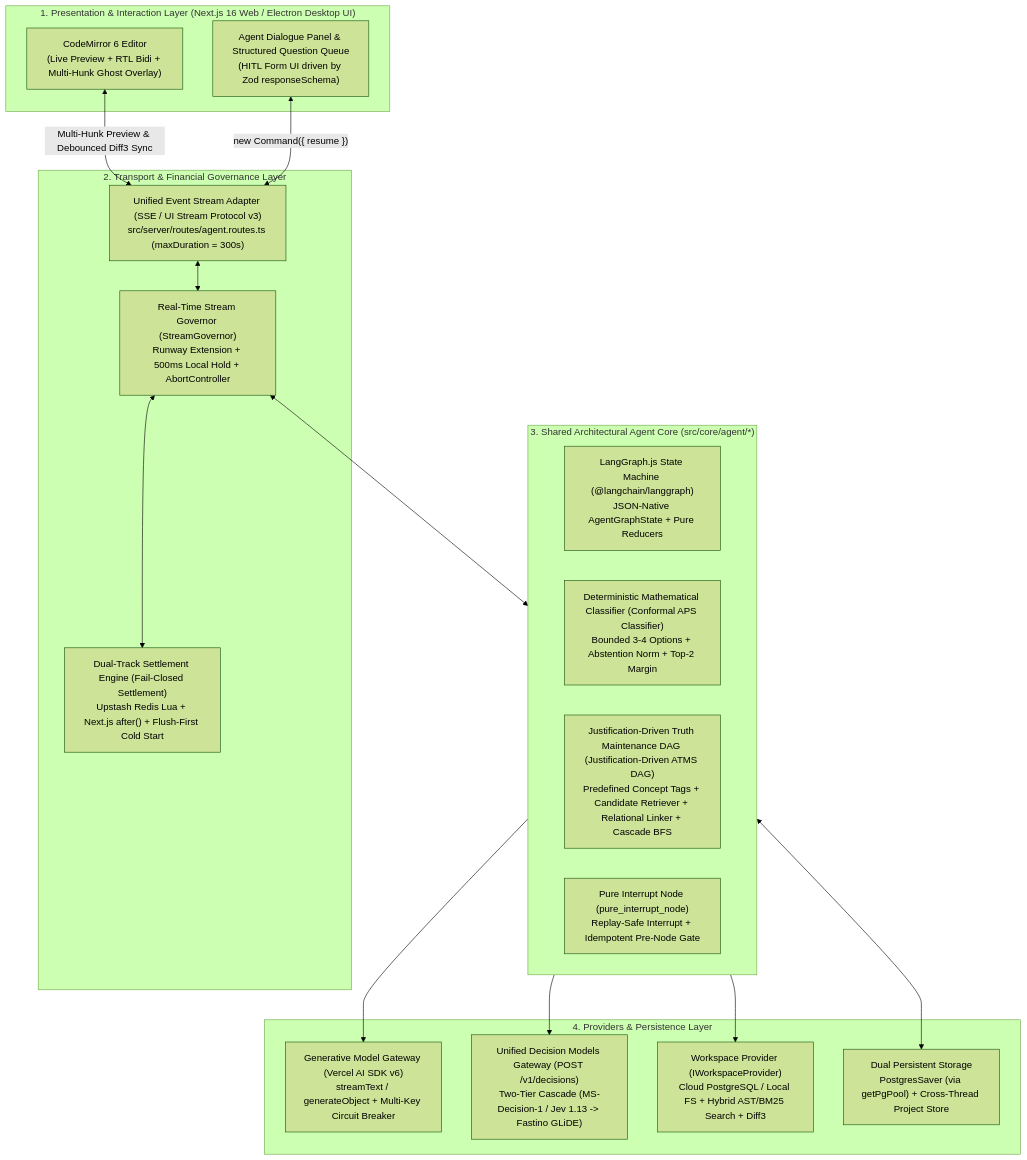
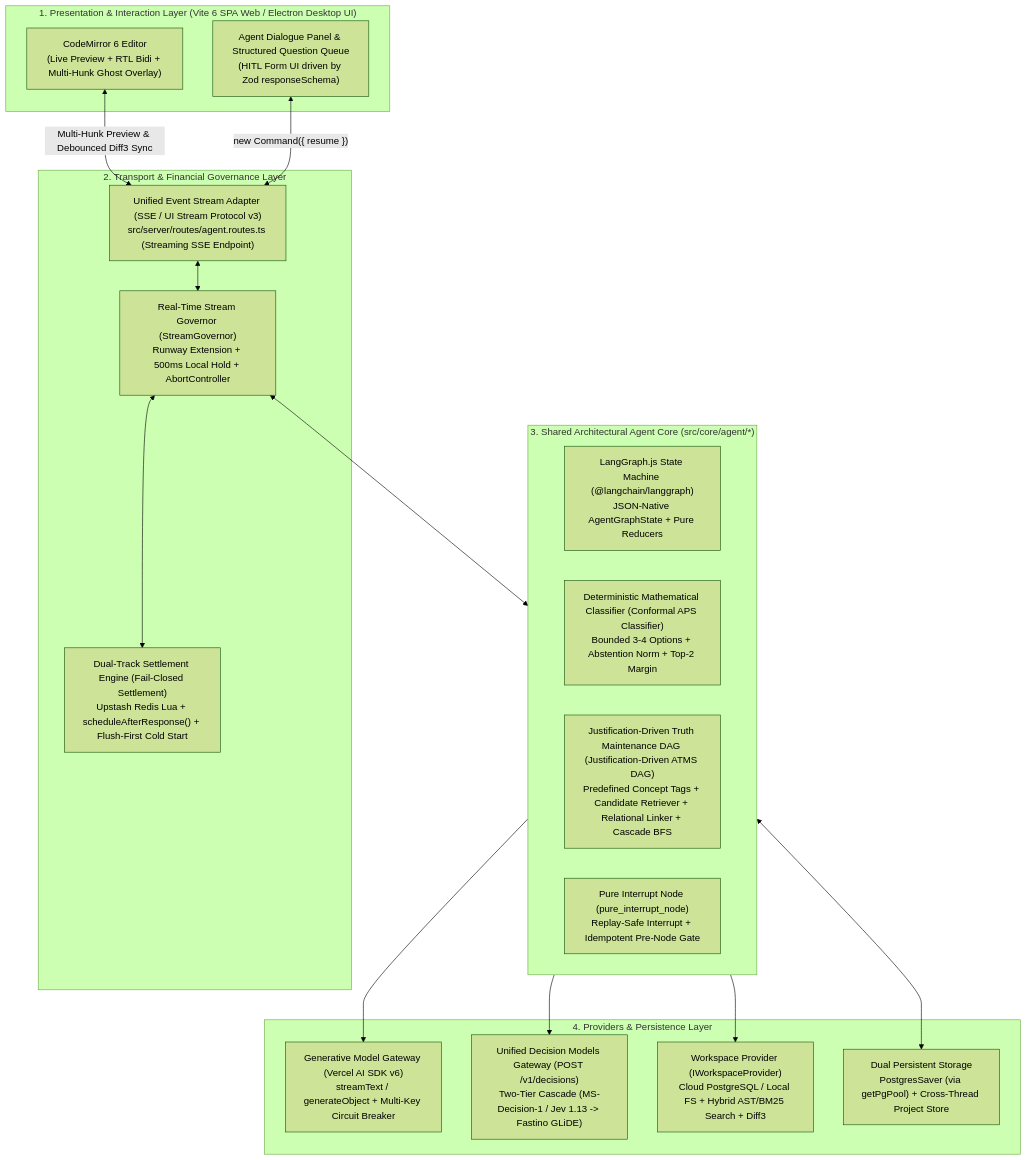
The diagram in docs/architecture/01_architecture_vision_and_adrs.md (Abdullah931-stack/ELIXENT), drawn with Mermaid (forest theme) before and after one commit. The commit also changed other lines of this file and 23 other files, not shown here.

Commit message:
docs(architecture): align living specs, subsystem docs, guides, and debt register to Vite 6 & Hono

````diff
--- a/docs/architecture/01_architecture_vision_and_adrs.md
+++ b/docs/architecture/01_architecture_vision_and_adrs.md
@@ -31,37 +31,37 @@
 ```mermaid
 flowchart TB
-    subgraph UI_LAYER ["1. Presentation & Interaction Layer (Next.js 16 Web / Electron Desktop UI)"]
+    subgraph UI_LAYER ["1. Presentation & Interaction Layer (Vite 6 SPA Web / Electron Desktop UI)"]
         CM6["CodeMirror 6 Editor<br/>(Live Preview + RTL Bidi + Multi-Hunk Ghost Overlay)"]
         CHAT_HITL["Agent Dialogue Panel & Structured Question Queue<br/>(HITL Form UI driven by Zod responseSchema)"]
     end
 
     subgraph ADAPTER_GOV ["2. Transport & Financial Governance Layer"]
-        SSE_ADAPTER["Unified Event Stream Adapter (SSE / UI Stream Protocol v3)<br/>src/server/routes/agent.routes.ts (maxDuration = 300s)"]
+        SSE_ADAPTER["Unified Event Stream Adapter (SSE / UI Stream Protocol v3)<br/>src/server/routes/agent.routes.ts (Streaming SSE Endpoint)"]
         GOV["Real-Time Stream Governor (StreamGovernor)<br/>Runway Extension + 500ms Local Hold + AbortController"]
-        SETTLE_ENGINE["Dual-Track Settlement Engine (Fail-Closed Settlement)<br/>Upstash Redis Lua + Next.js after() + Flush-First Cold Start"]
+        SETTLE_ENGINE["Dual-Track Settlement Engine (Fail-Closed Settlement)<br/>Upstash Redis Lua + scheduleAfterResponse() + Flush-First Cold Start"]
     end
 
     subgraph AGENT_CORE ["3. Shared Architectural Agent Core (src/core/agent/*)"]
         ORCH["LangGraph.js State Machine (@langchain/langgraph)<br/>JSON-Native AgentGraphState + Pure Reducers"]
         CONFORMAL["Deterministic Mathematical Classifier (Conformal APS Classifier)<br/>Bounded 3-4 Options + Abstention Norm + Top-2 Margin"]
         ATMS["Justification-Driven Truth Maintenance DAG (Justification-Driven ATMS DAG)<br/>Predefined Concept Tags + Candidate Retriever + Relational Linker + Cascade BFS"]
         HITL_GATE["Pure Interrupt Node (pure_interrupt_node)<br/>Replay-Safe Interrupt + Idempotent Pre-Node Gate"]
     end
 
     subgraph INFRA_PROVIDERS ["4. Providers & Persistence Layer"]
         AI_SDK["Generative Model Gateway (Vercel AI SDK v6)<br/>streamText / generateObject + Multi-Key Circuit Breaker"]
         DECISION_API["Unified Decision Models Gateway (POST /v1/decisions)<br/>Two-Tier Cascade (MS-Decision-1 / Jev 1.13 -> Fastino GLiDE)"]
         WS_PROVIDER["Workspace Provider (IWorkspaceProvider)<br/>Cloud PostgreSQL / Local FS + Hybrid AST/BM25 Search + Diff3"]
         DUAL_STORE["Dual Persistent Storage<br/>PostgresSaver (via getPgPool) + Cross-Thread Project Store"]
     end
 
     CM6 <-->|"Multi-Hunk Preview & Debounced Diff3 Sync"| SSE_ADAPTER
     CHAT_HITL <-->|"new Command({ resume })"| SSE_ADAPTER
     SSE_ADAPTER <--> GOV
     GOV <--> SETTLE_ENGINE
     GOV <--> AGENT_CORE
     AGENT_CORE --> AI_SDK
     AGENT_CORE --> DECISION_API
     AGENT_CORE --> WS_PROVIDER
     AGENT_CORE <--> DUAL_STORE
 ```
````
